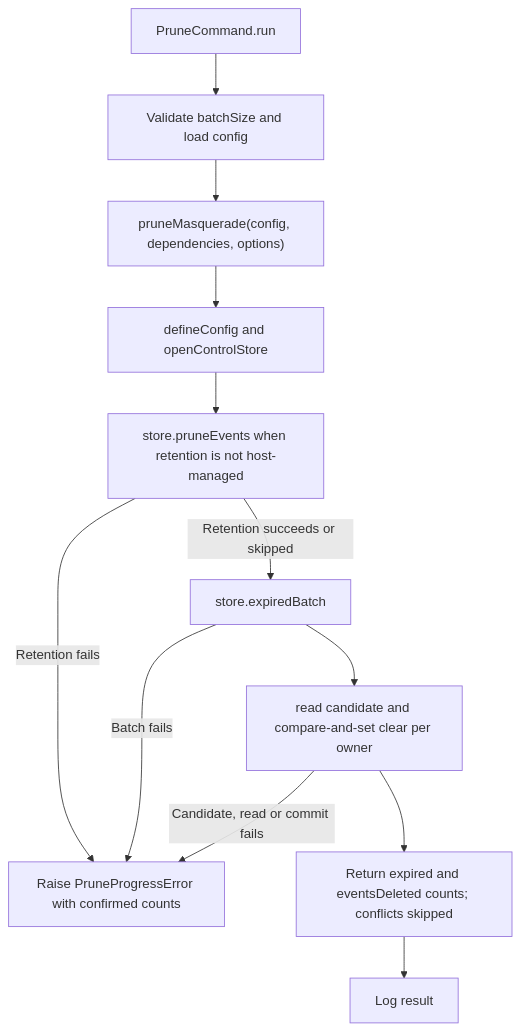
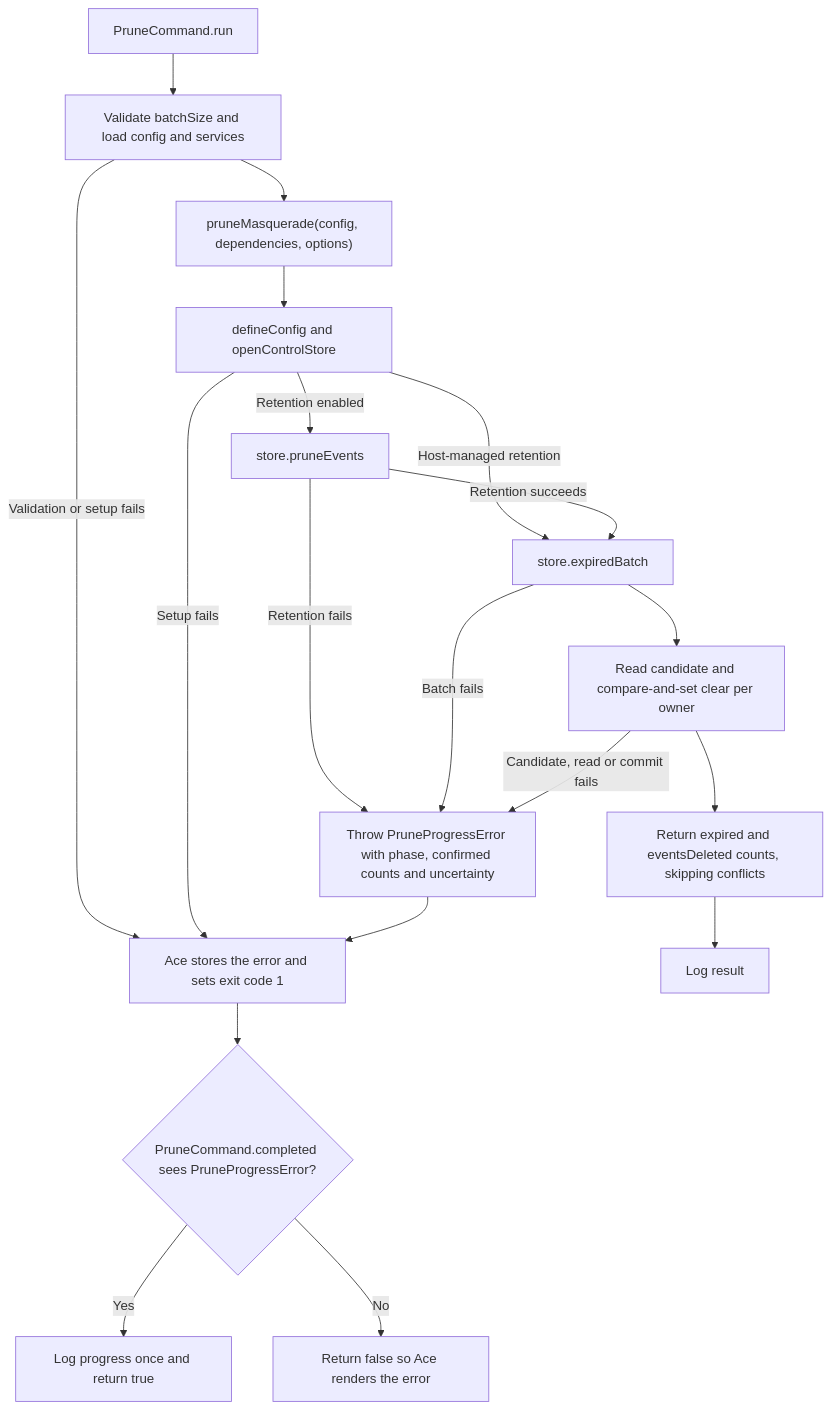
One commit to Kevinjohn/oss-adonisjs-masquerade changed the second of 2 diagrams in user-stories/expire-retain-modes/us-ops-03-expire-retain-modes.md. Above: the diagram before and after it, drawn with Mermaid. The commit also changed other lines of this file and 3 other files, not shown here.

Commit message:
fix: report prune progress failures through Ace

````diff
--- a/user-stories/expire-retain-modes/us-ops-03-expire-retain-modes.md
+++ b/user-stories/expire-retain-modes/us-ops-03-expire-retain-modes.md
@@ -38,14 +39,21 @@
 ```mermaid
 flowchart TD
-    A["PruneCommand.run"] --> B["Validate batchSize and load config"]
+    A["PruneCommand.run"] --> B["Validate batchSize and load config and services"]
     B --> C["pruneMasquerade(config, dependencies, options)"]
     C --> D["defineConfig and openControlStore"]
-    D --> E["store.pruneEvents when retention is not host-managed"]
-    E -->|Retention succeeds or skipped| F["store.expiredBatch"]
-    E -->|Retention fails| X["Raise PruneProgressError with confirmed counts"]
+    B -->|Validation or setup fails| Y["Ace stores the error and sets exit code 1"]
+    D -->|Setup fails| Y
+    D -->|Retention enabled| E["store.pruneEvents"]
+    D -->|Host-managed retention| F["store.expiredBatch"]
+    E -->|Retention succeeds| F
+    E -->|Retention fails| X["Throw PruneProgressError with phase, confirmed counts and uncertainty"]
     F -->|Batch fails| X
-    F --> G["read candidate and compare-and-set clear per owner"]
-    G --> H["Return expired and eventsDeleted counts; conflicts skipped"]
+    F --> G["Read candidate and compare-and-set clear per owner"]
+    G --> H["Return expired and eventsDeleted counts, skipping conflicts"]
     G -->|Candidate, read or commit fails| X
     H --> I["Log result"]
+    X --> Y
+    Y --> Z{"PruneCommand.completed sees PruneProgressError?"}
+    Z -->|Yes| P["Log progress once and return true"]
+    Z -->|No| Q["Return false so Ace renders the error"]
 ```
````
